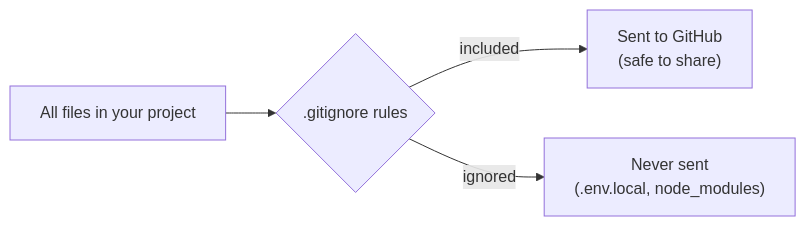
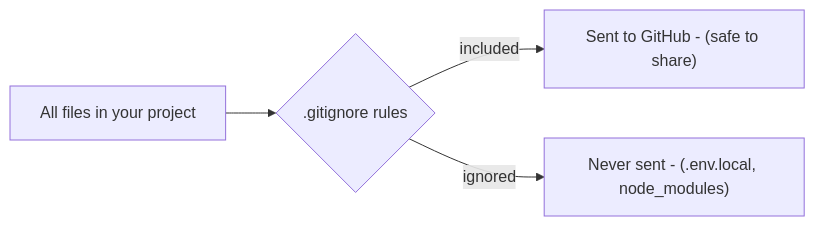
The second of 6 diagrams in learning/08-environment-variables.md (wongjinar-ai/expample), drawn with Mermaid before and after one commit. The commit also changed other lines of this file and 16 other files, not shown here.

````diff
--- a/learning/08-environment-variables.md
+++ b/learning/08-environment-variables.md
@@ -82,8 +82,8 @@
 ```mermaid
 flowchart LR
     Files["All files in your project"]
     Gitignore{".gitignore rules"}
     Files --> Gitignore
-    Gitignore -->|"included"| GitHub["Sent to GitHub\n(safe to share)"]
-    Gitignore -->|"ignored"| Hidden["Never sent\n(.env.local, node_modules)"]
+    Gitignore -->|"included"| GitHub["Sent to GitHub - (safe to share)"]
+    Gitignore -->|"ignored"| Hidden["Never sent - (.env.local, node_modules)"]
 ```
````
